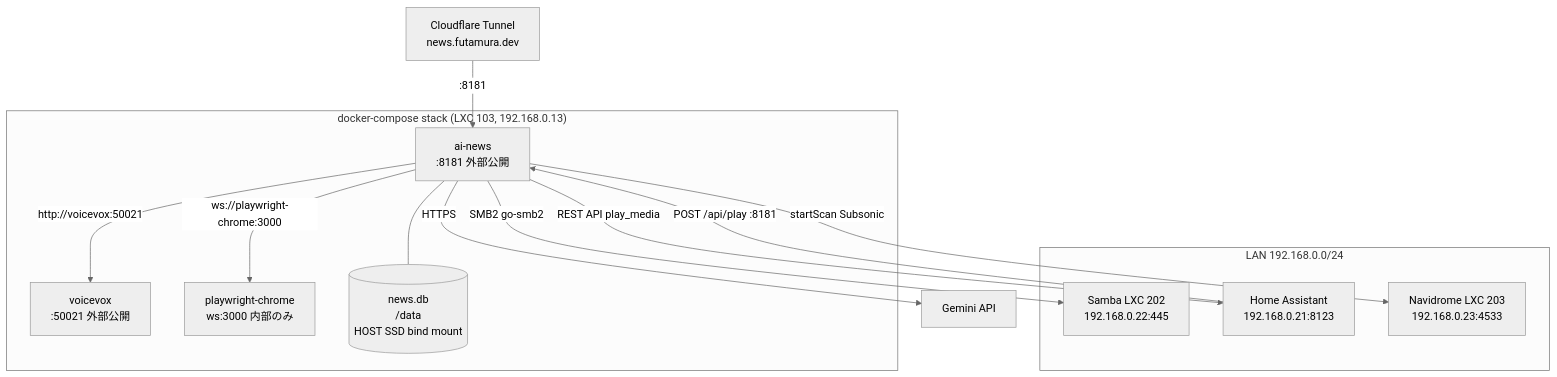
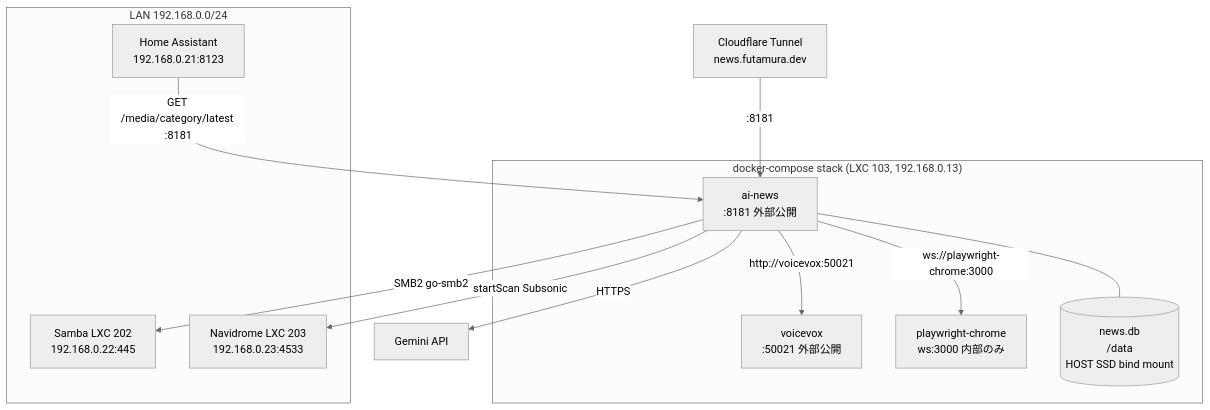
Diagram 13 of 13 in PLAN.md (svhome01/ai-news), drawn with Mermaid (neutral theme) before and after one commit. The commit also changed other lines of this file, not shown here.

Commit message:
Refactor audio playback flow in PLAN.md to clarify Home Assistant integration and remove unnecessary API calls

````diff
--- a/PLAN.md
+++ b/PLAN.md
@@ -1145,28 +1127,27 @@
 ```mermaid
 flowchart TB
     CF["Cloudflare Tunnel<br/>news.futamura.dev"]
     GEM["Gemini API"]
 
     subgraph COMPOSE["docker-compose stack (LXC 103, 192.168.0.13)"]
         AINEWS["ai-news<br/>:8181 外部公開"]
         VVX["voicevox<br/>:50021 外部公開"]
         PWC["playwright-chrome<br/>ws:3000 内部のみ"]
         DB[("news.db<br/>/data<br/>HOST SSD bind mount")]
     end
 
     subgraph LAN["LAN 192.168.0.0/24"]
         SMB["Samba LXC 202<br/>192.168.0.22:445"]
         HA["Home Assistant<br/>192.168.0.21:8123"]
         NAVI["Navidrome LXC 203<br/>192.168.0.23:4533"]
     end
 
     CF -->|":8181"| AINEWS
     AINEWS -->|"http://voicevox:50021"| VVX
     AINEWS -->|"ws://playwright-chrome:3000"| PWC
     AINEWS --- DB
     AINEWS -->|HTTPS| GEM
     AINEWS -->|"SMB2 go-smb2"| SMB
-    AINEWS -->|"REST API play_media"| HA
     AINEWS -->|"startScan Subsonic"| NAVI
-    HA -->|"POST /api/play :8181"| AINEWS
+    HA -->|"GET /media/category/latest :8181"| AINEWS
 ```
````
